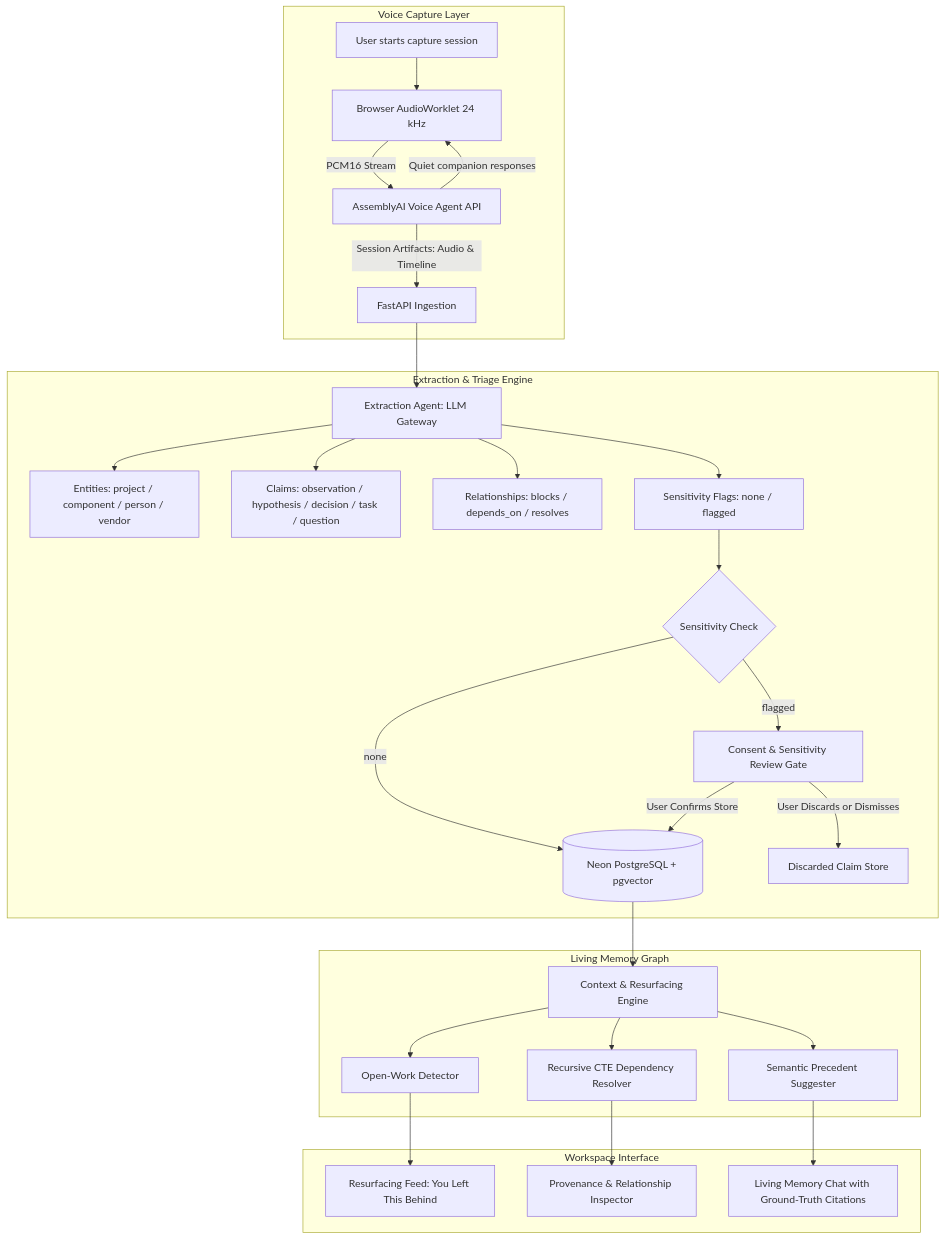
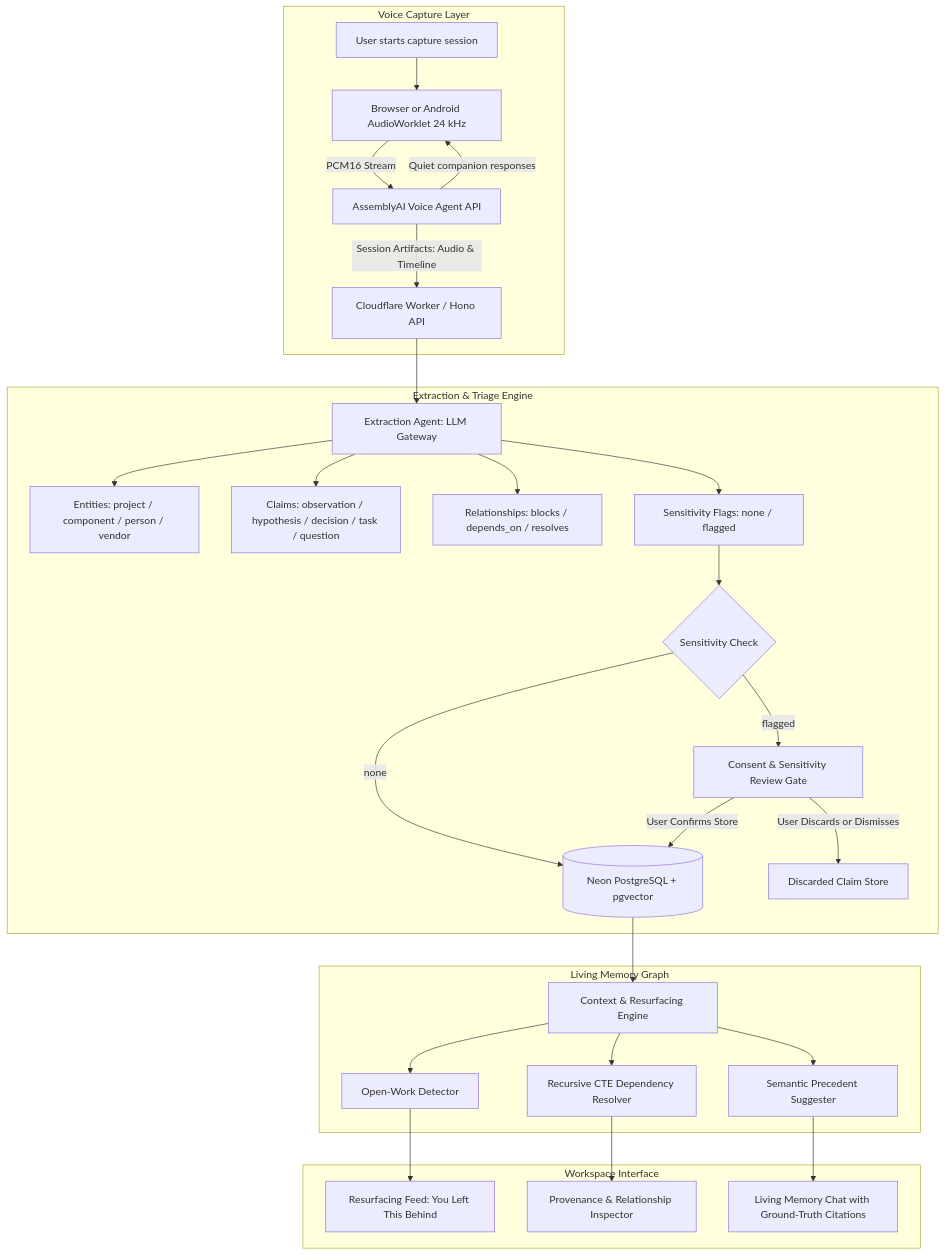
One commit to Erebuzzz/Muninn changed the first of 3 diagrams in README.md. Above: the diagram before and after it, drawn with Mermaid. The commit also changed other lines of this file and 20 other files, not shown here.

First line of the commit message:
feat: port backend API to TypeScript with Hono on Cloudflare Workers

````diff
--- a/README.md
+++ b/README.md
@@ -22,35 +23,35 @@
 ```mermaid
 flowchart TD
     subgraph Capture [Voice Capture Layer]
-        A[User starts capture session] --> B[Browser AudioWorklet 24 kHz]
+        A[User starts capture session] --> B[Browser or Android AudioWorklet 24 kHz]
         B -->|PCM16 Stream| C[AssemblyAI Voice Agent API]
         C -->|Quiet companion responses| B
-        C -->|Session Artifacts: Audio & Timeline| D[FastAPI Ingestion]
+        C -->|Session Artifacts: Audio & Timeline| D[Cloudflare Worker / Hono API]
     end
 
     subgraph Extraction [Extraction & Triage Engine]
         D --> E[Extraction Agent: LLM Gateway]
         E --> F1[Entities: project / component / person / vendor]
         E --> F2[Claims: observation / hypothesis / decision / task / question]
         E --> F3[Relationships: blocks / depends_on / resolves]
         E --> F4[Sensitivity Flags: none / flagged]
         F4 --> G{Sensitivity Check}
         G -->|none| H[(Neon PostgreSQL + pgvector)]
         G -->|flagged| I[Consent & Sensitivity Review Gate]
         I -->|User Confirms Store| H
         I -->|User Discards or Dismisses| J[Discarded Claim Store]
     end
 
     subgraph MemoryEngine [Living Memory Graph]
         H --> K[Context & Resurfacing Engine]
         K --> L1[Open-Work Detector]
         K --> L2[Recursive CTE Dependency Resolver]
         K --> L3[Semantic Precedent Suggester]
     end
 
     subgraph UserInterface [Workspace Interface]
         L1 --> M1[Resurfacing Feed: You Left This Behind]
         L2 --> M2[Provenance & Relationship Inspector]
         L3 --> M3[Living Memory Chat with Ground-Truth Citations]
     end
 ```
````
